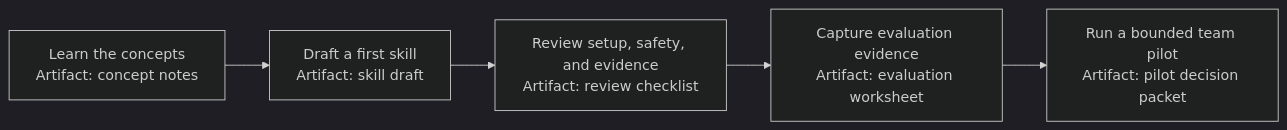
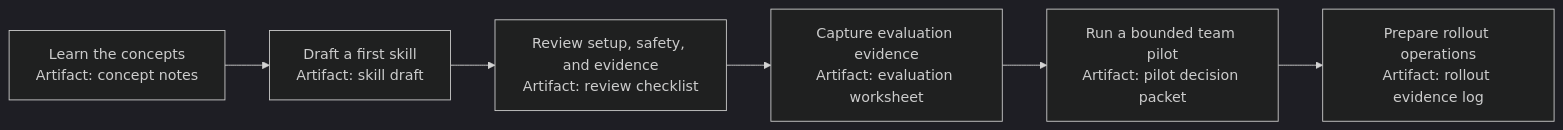
The diagram in docs-index.md (agentskillexchange/agent-skills-resources), drawn with Mermaid (dark theme) before and after one commit. The commit also changed other lines of this file and 1 other file, not shown here.

````diff
--- a/docs-index.md
+++ b/docs-index.md
@@ -8,7 +8,8 @@
 ```mermaid
 flowchart LR
   Learn["Learn the concepts<br/>Artifact: concept notes"] --> Draft["Draft a first skill<br/>Artifact: skill draft"]
   Draft --> Review["Review setup, safety, and evidence<br/>Artifact: review checklist"]
   Review --> Evaluate["Capture evaluation evidence<br/>Artifact: evaluation worksheet"]
   Evaluate --> Pilot["Run a bounded team pilot<br/>Artifact: pilot decision packet"]
+  Pilot --> Operate["Prepare rollout operations<br/>Artifact: rollout evidence log"]
 ```
````
